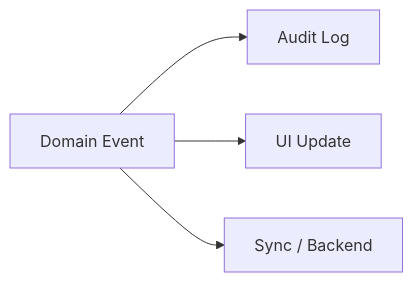
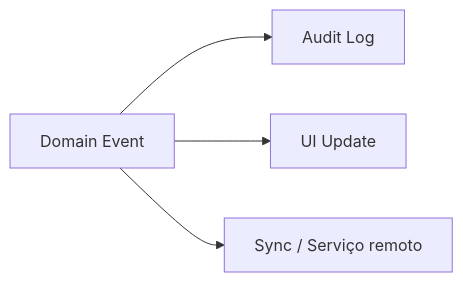
Diagram 17 of 26 in diagramas-mermaid.md (jaimejcs/CuidarAI), drawn with Mermaid before and after one commit. The commit also changed other lines of this file and 20 other files, not shown here.

````diff
--- a/diagramas-mermaid.md
+++ b/diagramas-mermaid.md
@@ -239,6 +512,6 @@
 ```mermaid
 flowchart LR
     E[Domain Event] --> A[Audit Log]
     E --> U[UI Update]
-    E --> S[Sync / Backend]
+    E --> S[Sync / Serviço remoto]
 ```
````
